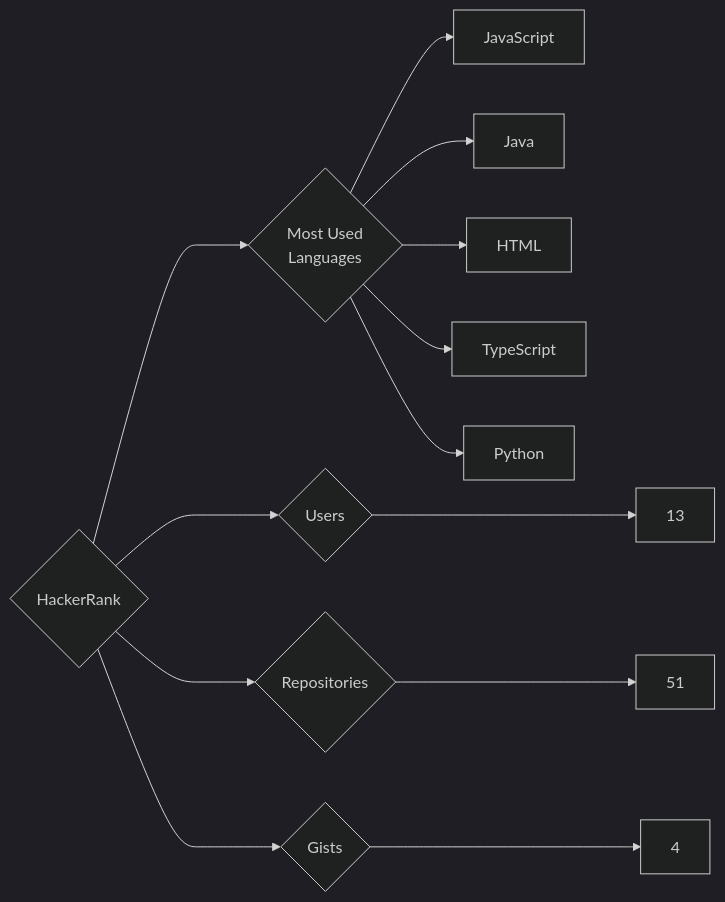
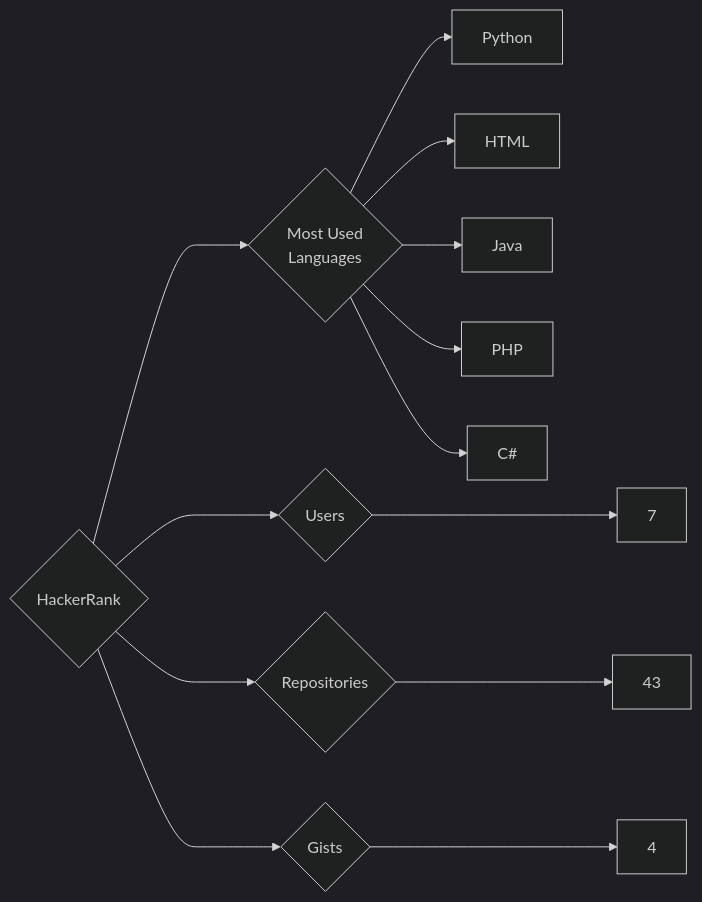
One commit to trickest/insiders changed the diagram in targets/HackerRank/README.md. Above: the diagram before and after it, drawn with Mermaid (dark theme). The commit also changed 998 other files, not shown here.

````diff
--- a/targets/HackerRank/README.md
+++ b/targets/HackerRank/README.md
@@ -3,13 +3,13 @@
 ```mermaid
 graph LR
 COMPANY_NAME{HackerRank}
-COMPANY_NAME ---> U{Users} ---> UN[13]
-COMPANY_NAME ---> R{Repositories} ---> RN[51]
+COMPANY_NAME ---> U{Users} ---> UN[7]
+COMPANY_NAME ---> R{Repositories} ---> RN[43]
 COMPANY_NAME ---> G{Gists} ---> GN[4]
 COMPANY_NAME ---> ML{Most Used<br>Languages}
-ML --> JavaScript[JavaScript]
+ML --> Python[Python]
+ML --> HTML[HTML]
 ML --> Java[Java]
-ML --> HTML[HTML]
-ML --> TypeScript[TypeScript]
-ML --> Python[Python]
+ML --> PHP[PHP]
+ML --> C#[C#]
 ```
````
